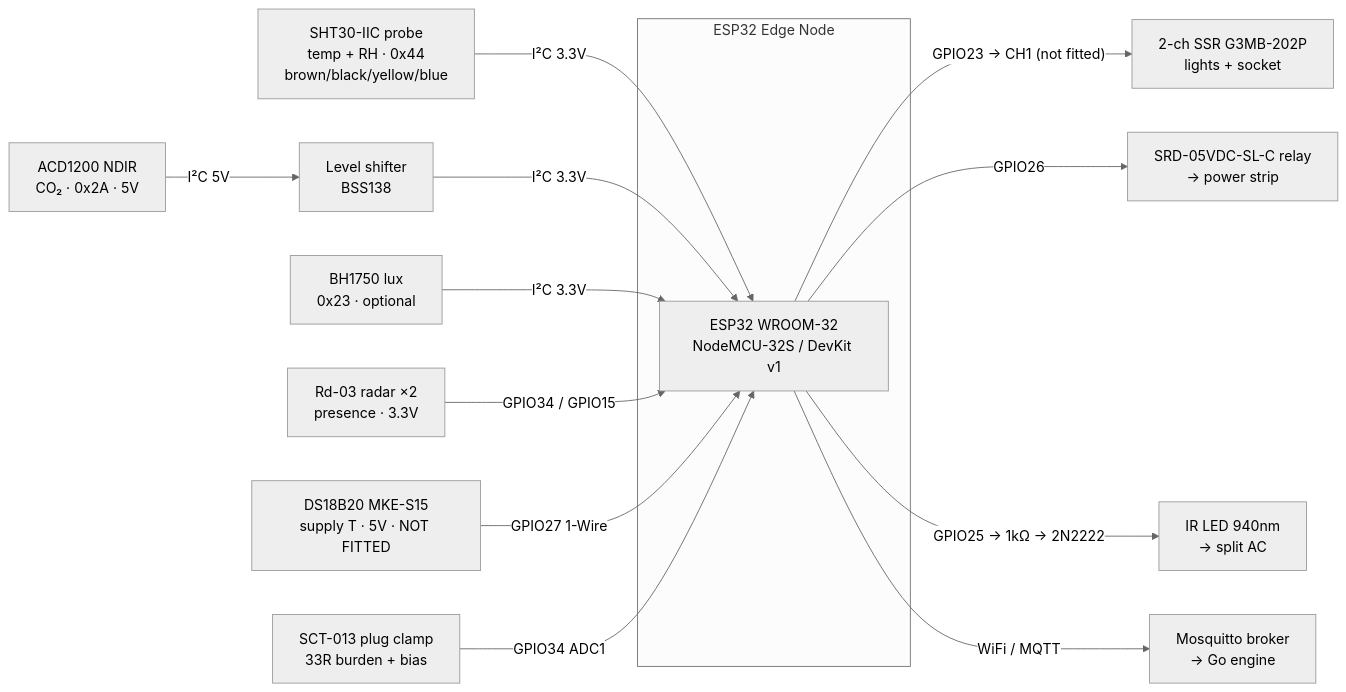
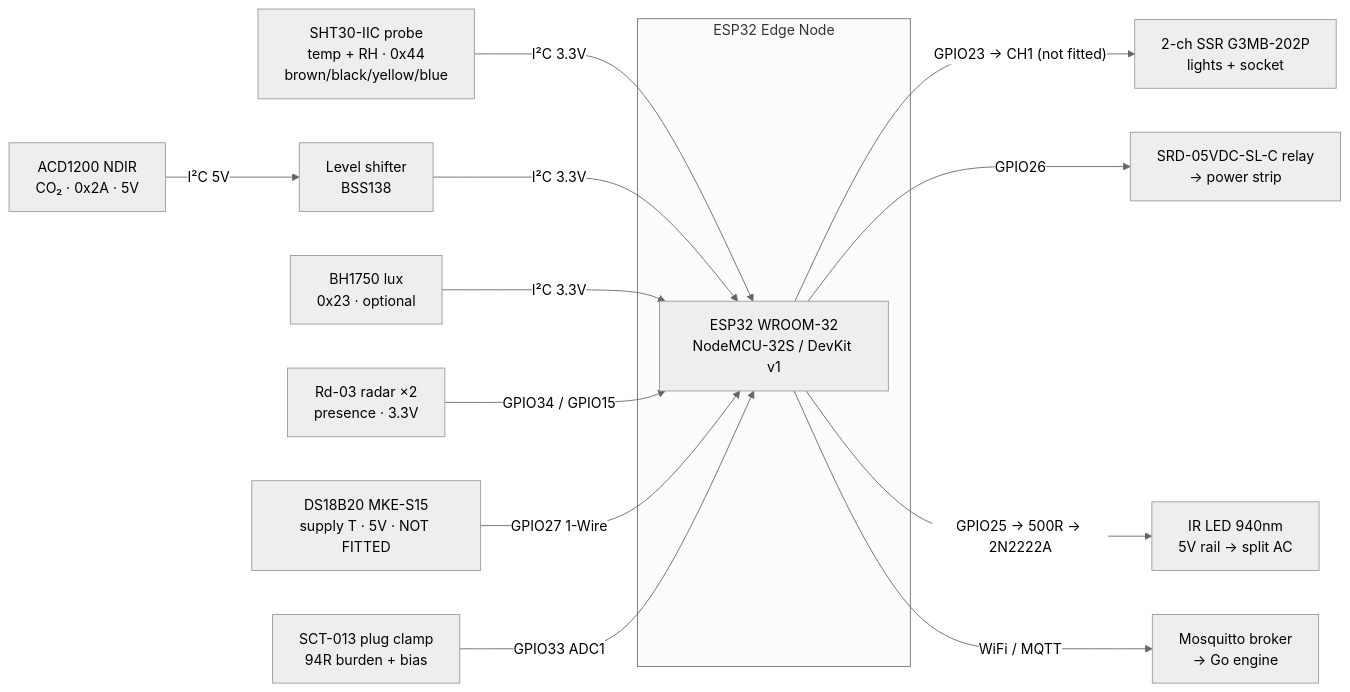
One commit to 2550112NguyenHoangKhoi/econ changed the diagram in edge/WIRING.md. Above: the diagram before and after it, drawn with Mermaid (neutral theme). The commit also changed other lines of this file and 7 other files, not shown here.

````diff
--- a/edge/WIRING.md
+++ b/edge/WIRING.md
@@ -65,17 +65,17 @@
 ```mermaid
 flowchart LR
   subgraph N["ESP32 Edge Node"]
     E["ESP32 WROOM-32<br/>NodeMCU-32S / DevKit v1"]
   end
   SHT["SHT30-IIC probe<br/>temp + RH · 0x44<br/>brown/black/yellow/blue"] -- "I²C 3.3V" --> E
   LS["Level shifter<br/>BSS138"] -- "I²C 3.3V" --> E
   CO2["ACD1200 NDIR<br/>CO₂ · 0x2A · 5V"] -- "I²C 5V" --> LS
   LUX["BH1750 lux<br/>0x23 · optional"] -- "I²C 3.3V" --> E
   RAD["Rd-03 radar ×2<br/>presence · 3.3V"] -- "GPIO34 / GPIO15" --> E
   DS["DS18B20 MKE-S15<br/>supply T · 5V · NOT FITTED"] -- "GPIO27 1-Wire" --> E
-  CT["SCT-013 plug clamp<br/>33R burden + bias"] -- "GPIO34 ADC1" --> E
+  CT["SCT-013 plug clamp<br/>94R burden + bias"] -- "GPIO33 ADC1" --> E
   E -- "GPIO23 → CH1 (not fitted)" --> SSR["2-ch SSR G3MB-202P<br/>lights + socket"]
   E -- "GPIO26" --> RLY["SRD-05VDC-SL-C relay<br/>→ power strip"]
-  E -- "GPIO25 → 1kΩ → 2N2222" --> IR["IR LED 940nm<br/>→ split AC"]
+  E -- "GPIO25 → 500R → 2N2222A" --> IR["IR LED 940nm<br/>5V rail → split AC"]
   E -- "WiFi / MQTT" --> BR["Mosquitto broker<br/>→ Go engine"]
 ```
````
